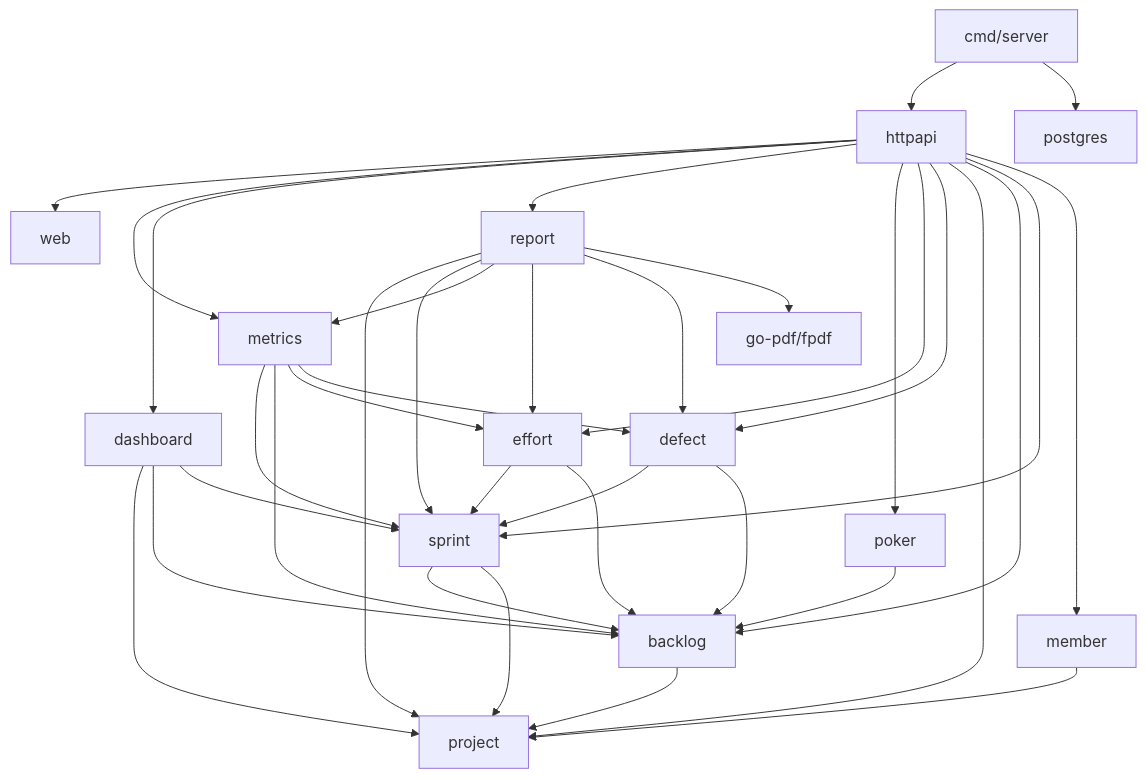
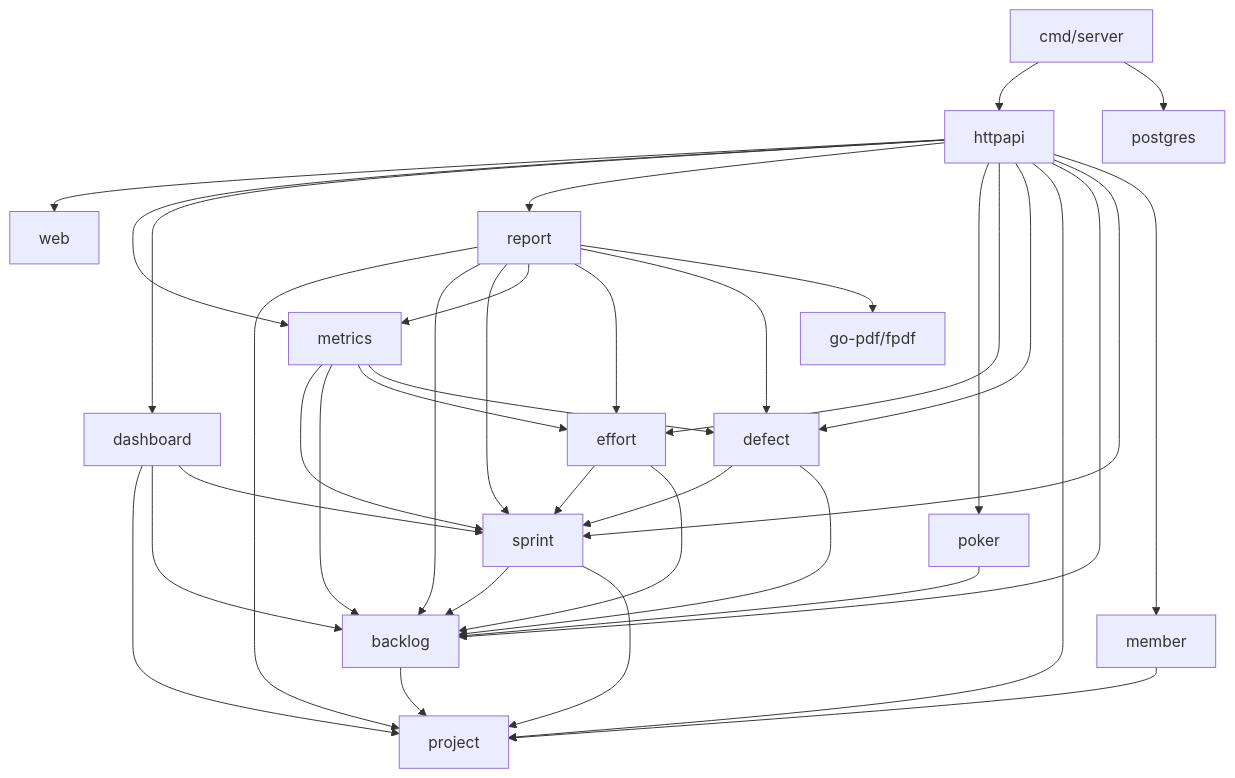
Before and after one commit to Elwilsonic/seguimiento-medicion-GPC: the diagram in docs/documentacion-tecnica.md, drawn with Mermaid. The commit also changed other lines of this file and 6 other files, not shown here.

````diff
--- a/docs/documentacion-tecnica.md
+++ b/docs/documentacion-tecnica.md
@@ -50,38 +50,39 @@
 ```mermaid
 graph TD
     main[cmd/server] --> httpapi
     main --> postgres
     httpapi --> web
     httpapi --> metrics
     httpapi --> dashboard
     httpapi --> report
     httpapi --> poker
     httpapi --> effort
     httpapi --> defect
     httpapi --> project
     httpapi --> backlog
     httpapi --> sprint
     httpapi --> member
     metrics --> sprint
     metrics --> backlog
     metrics --> effort
     metrics --> defect
     report --> project
+    report --> backlog
     report --> sprint
     report --> metrics
     report --> effort
     report --> defect
     report --> fpdf[go-pdf/fpdf]
     dashboard --> project
     dashboard --> backlog
     dashboard --> sprint
     poker --> backlog
     effort --> sprint
     effort --> backlog
     defect --> sprint
     defect --> backlog
     sprint --> backlog
     sprint --> project
     backlog --> project
     member --> project
 ```
````
